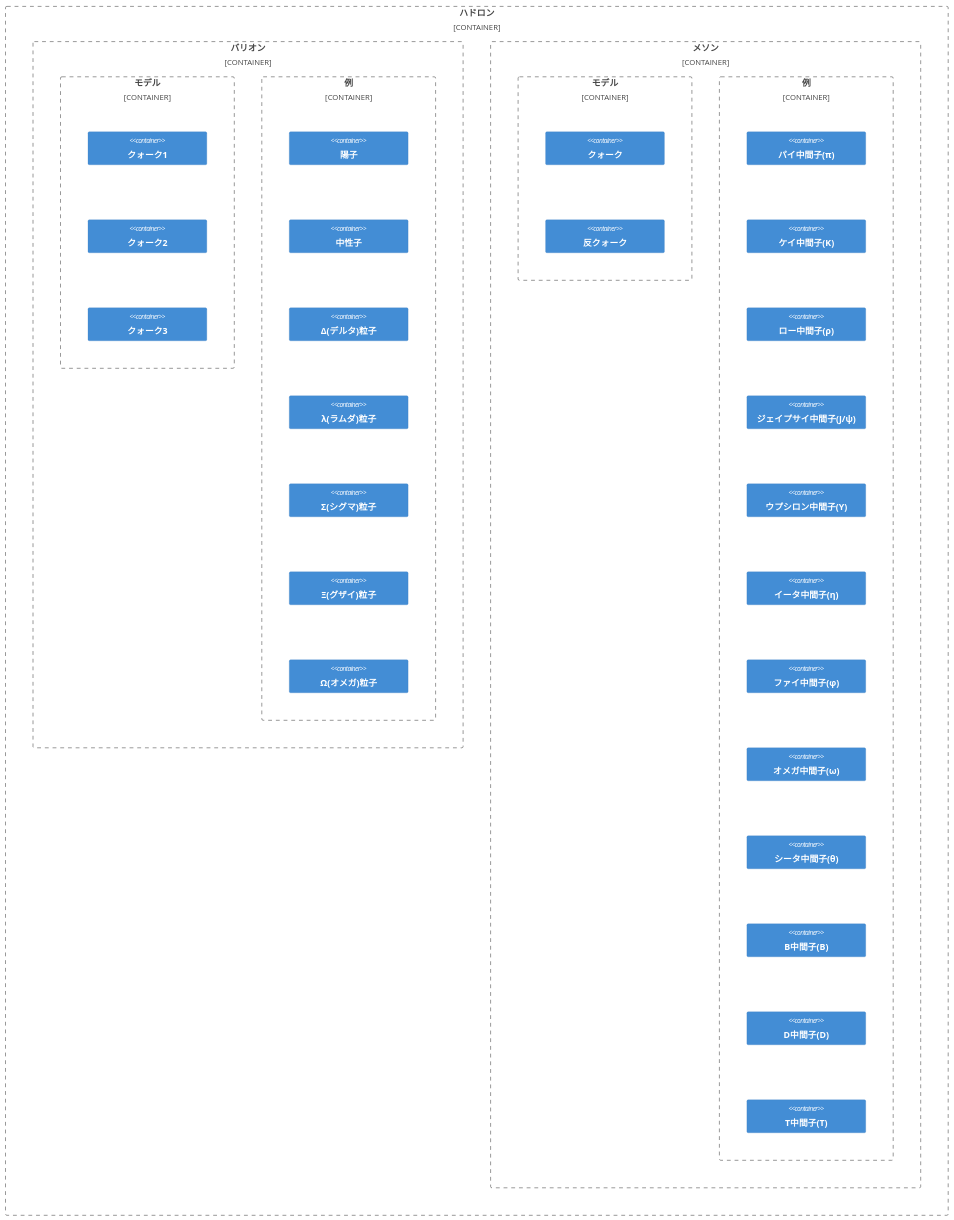
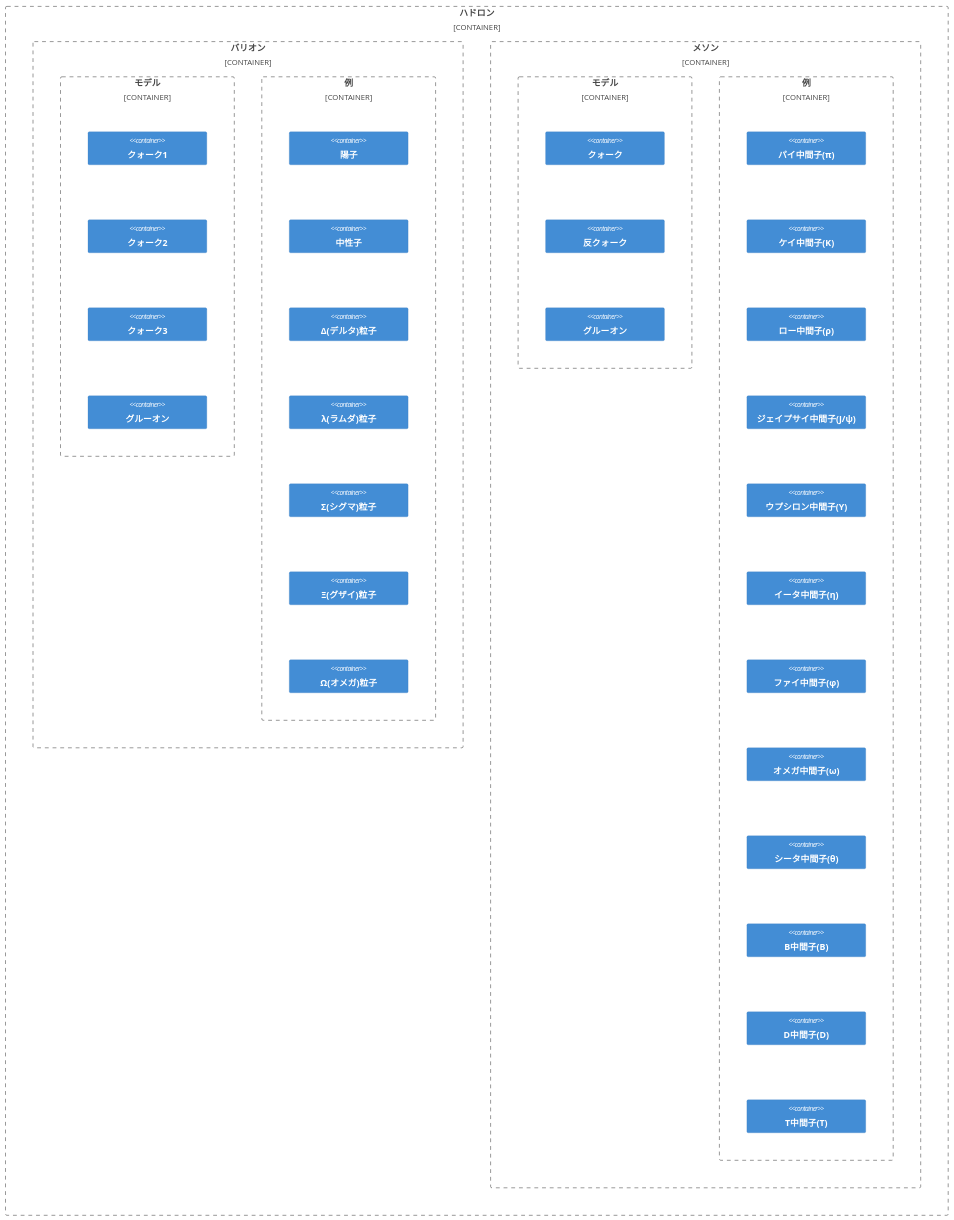
Before and after one commit to GOAMI-Takaaki/physics: the diagram in Hadron.md, drawn with Mermaid. The commit also changed 4 other files, not shown here.

````diff
--- a/Hadron.md
+++ b/Hadron.md
@@ -9,43 +9,45 @@
 ```mermaid
 C4Component
 
 Container_Boundary(hadron, "ハドロン") {
   Container_Boundary(baryon, "バリオン") {
     Container_Boundary(baryonModel, "モデル") {
       Container(baryonQuark1, "クォーク1")
       Container(baryonQuark2, "クォーク2")
       Container(baryonQuark3, "クォーク3")
+      Container(baryonGruon, "グルーオン")
     }
     Container_Boundary(baryonInstance, "例") {
       Container(proton,"陽子")
       Container(neutron,"中性子")
       Container(deltaBaryon,"Δ(デルタ)粒子")
       Container(lambdaBaryon,"λ(ラムダ)粒子")
       Container(sigmaBaryon,"Σ(シグマ)粒子")
       Container(xiBaryon,"Ξ(グザイ)粒子")
       Container(omegaBaryon,"Ω(オメガ)粒子")
     }
   }
   Container_Boundary(meson, "メソン") {
     Container_Boundary(mesonModel, "モデル") {
       Container(mesonQuark, "クォーク")
       Container(mesonAntiQuark, "反クォーク")
+      Container(mesonGruon, "グルーオン")
     }
     Container_Boundary(mesonInstance, "例") {
       Container(pion,"パイ中間子(π)")
       Container(kaon,"ケイ中間子(K)")
       Container(rhoMeson,"ロー中間子(ρ)")
       Container(jpsiMeson,"ジェイプサイ中間子(J/ψ)")
       Container(upsilonMeson,"ウプシロン中間子(Υ)")
       Container(etaMeson,"イータ中間子(η)")
       Container(phiMeson,"ファイ中間子(φ)")
       Container(omegaMeson,"オメガ中間子(ω)")
       Container(thetaMeson,"シータ中間子(θ)")
       Container(bMeson,"B中間子(B)")
       Container(dMeson,"D中間子(D)")
       Container(tMeson,"T中間子(T)")
     }
   }
 }
 
 ```
````
